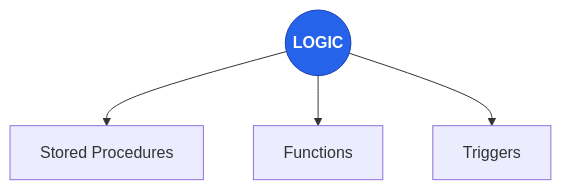
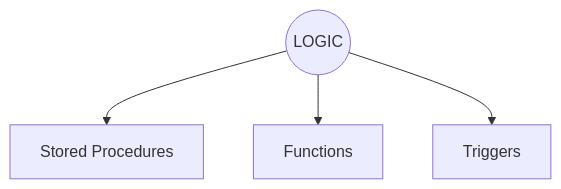
The ninth of 12 diagrams in README.md (rraulherediaa/PracticasEstructurasDatos), drawn with Mermaid before and after one commit. The commit also changed other lines of this file and 1 other file, not shown here.

Commit message:
fix: simplificar diagramas Mermaid al máximo para asegurar compatibilidad total

````diff
--- a/README.md
+++ b/README.md
@@ -117,8 +93,5 @@
 ```mermaid
 flowchart TD
     Prog(("LOGIC"))
     Prog --> SP["Stored Procedures"] & UDF["Functions"] & TRG["Triggers"]
-
-    classDef central fill:#2563eb,color:#fff,font-weight:bold,stroke:#1e40af
-    class Prog central
 ```
````
